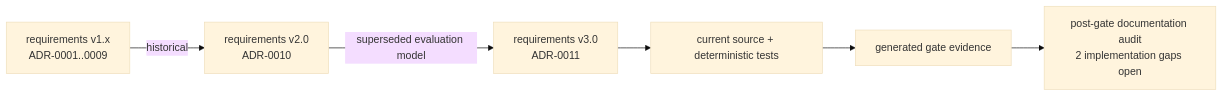
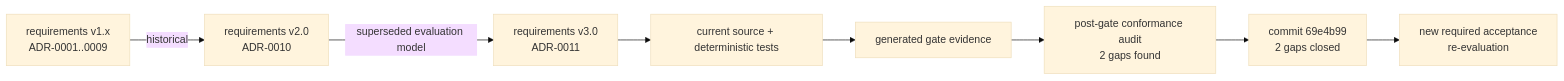
One commit to dahatake/StudyReport-Evaluator changed the diagram in docs-dev/README.md. Above: the diagram before and after it, drawn with Mermaid (base theme). The commit also changed other lines of this file and 16 other files, not shown here.

````diff
--- a/docs-dev/README.md
+++ b/docs-dev/README.md
@@ -21,8 +21,10 @@
 ```mermaid
 flowchart LR
     V1[requirements v1.x\nADR-0001..0009] -->|historical| V2[requirements v2.0\nADR-0010]
     V2 -->|superseded evaluation model| V3[requirements v3.0\nADR-0011]
     V3 --> IMPL[current source + deterministic tests]
     IMPL --> GATE[generated gate evidence]
-    GATE --> AUDIT[post-gate documentation audit\n2 implementation gaps open]
+    GATE --> AUDIT[post-gate conformance audit\n2 gaps found]
+    AUDIT --> CLOSE[commit 69e4b99\n2 gaps closed]
+    CLOSE --> REGATE[new required acceptance\nre-evaluation]
 ```
````
